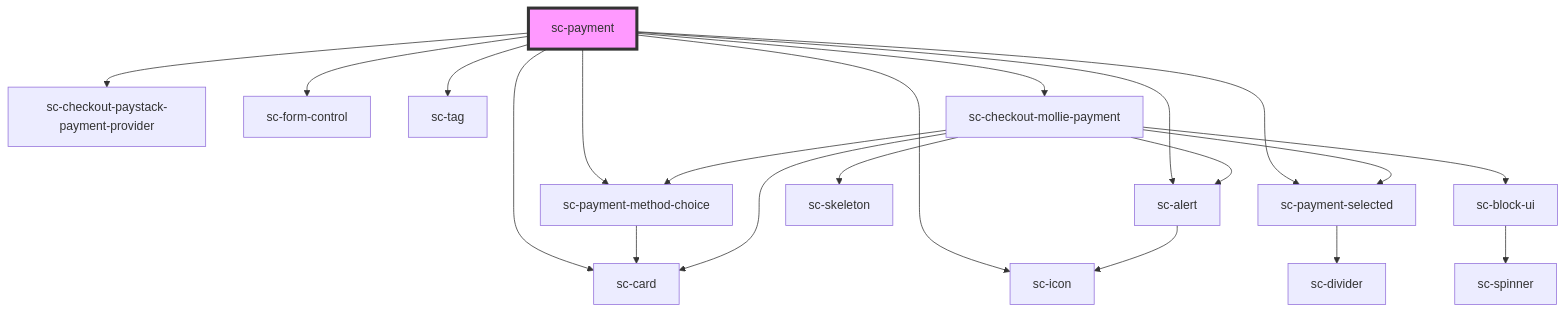
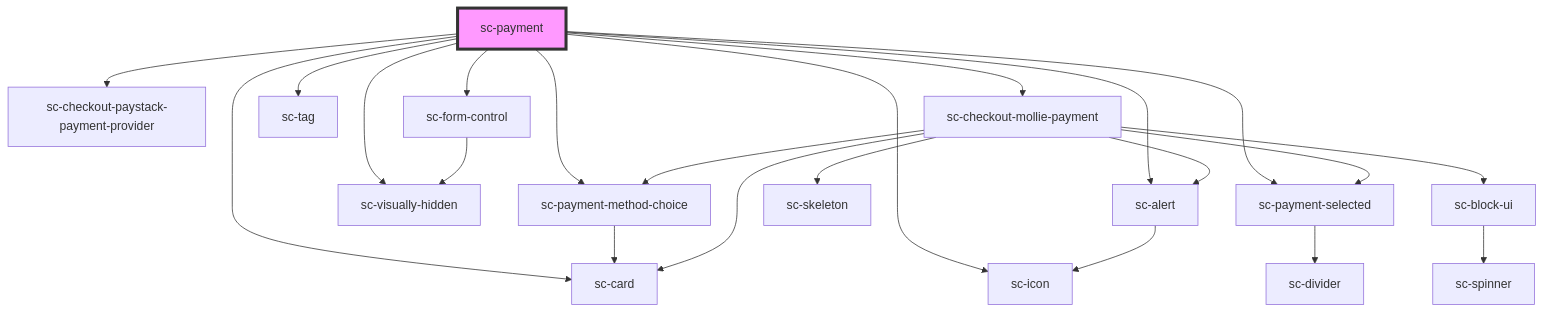
One commit to surecart/surecart-wp-plugin changed the diagram in packages/components/src/components/controllers/checkout-form/payment/readme.md. Above: the diagram before and after it, drawn with Mermaid. The commit also changed other lines of this file and 98 other files, not shown here.

````diff
--- a/packages/components/src/components/controllers/checkout-form/payment/readme.md
+++ b/packages/components/src/components/controllers/checkout-form/payment/readme.md
@@ -46,23 +47,25 @@
 ```mermaid
 graph TD;
   sc-payment --> sc-payment-method-choice
   sc-payment --> sc-icon
+  sc-payment --> sc-visually-hidden
   sc-payment --> sc-card
   sc-payment --> sc-payment-selected
   sc-payment --> sc-checkout-paystack-payment-provider
   sc-payment --> sc-form-control
   sc-payment --> sc-tag
   sc-payment --> sc-checkout-mollie-payment
   sc-payment --> sc-alert
   sc-payment-method-choice --> sc-card
   sc-payment-selected --> sc-divider
+  sc-form-control --> sc-visually-hidden
   sc-checkout-mollie-payment --> sc-card
   sc-checkout-mollie-payment --> sc-skeleton
   sc-checkout-mollie-payment --> sc-alert
   sc-checkout-mollie-payment --> sc-payment-method-choice
   sc-checkout-mollie-payment --> sc-payment-selected
   sc-checkout-mollie-payment --> sc-block-ui
   sc-alert --> sc-icon
   sc-block-ui --> sc-spinner
   style sc-payment fill:#f9f,stroke:#333,stroke-width:4px
 ```
````
